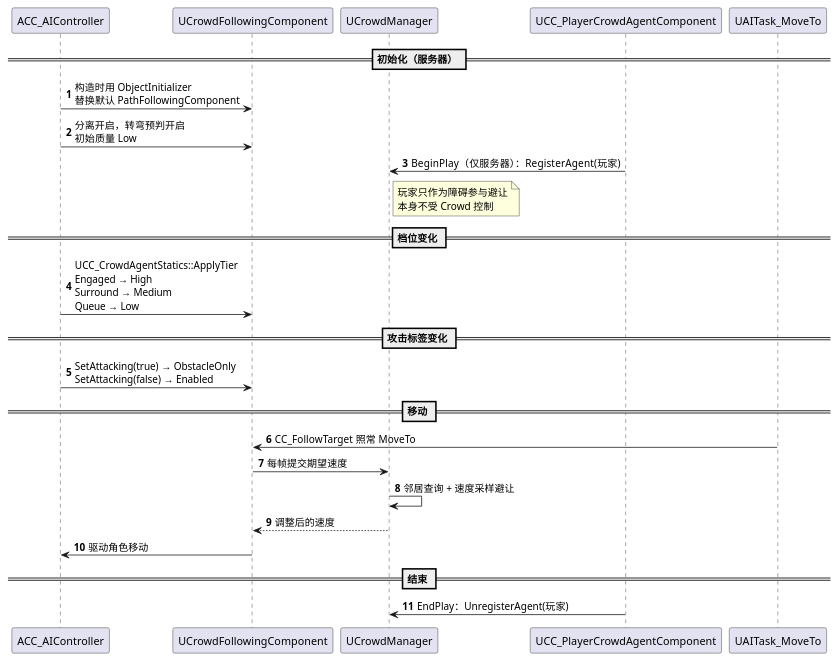
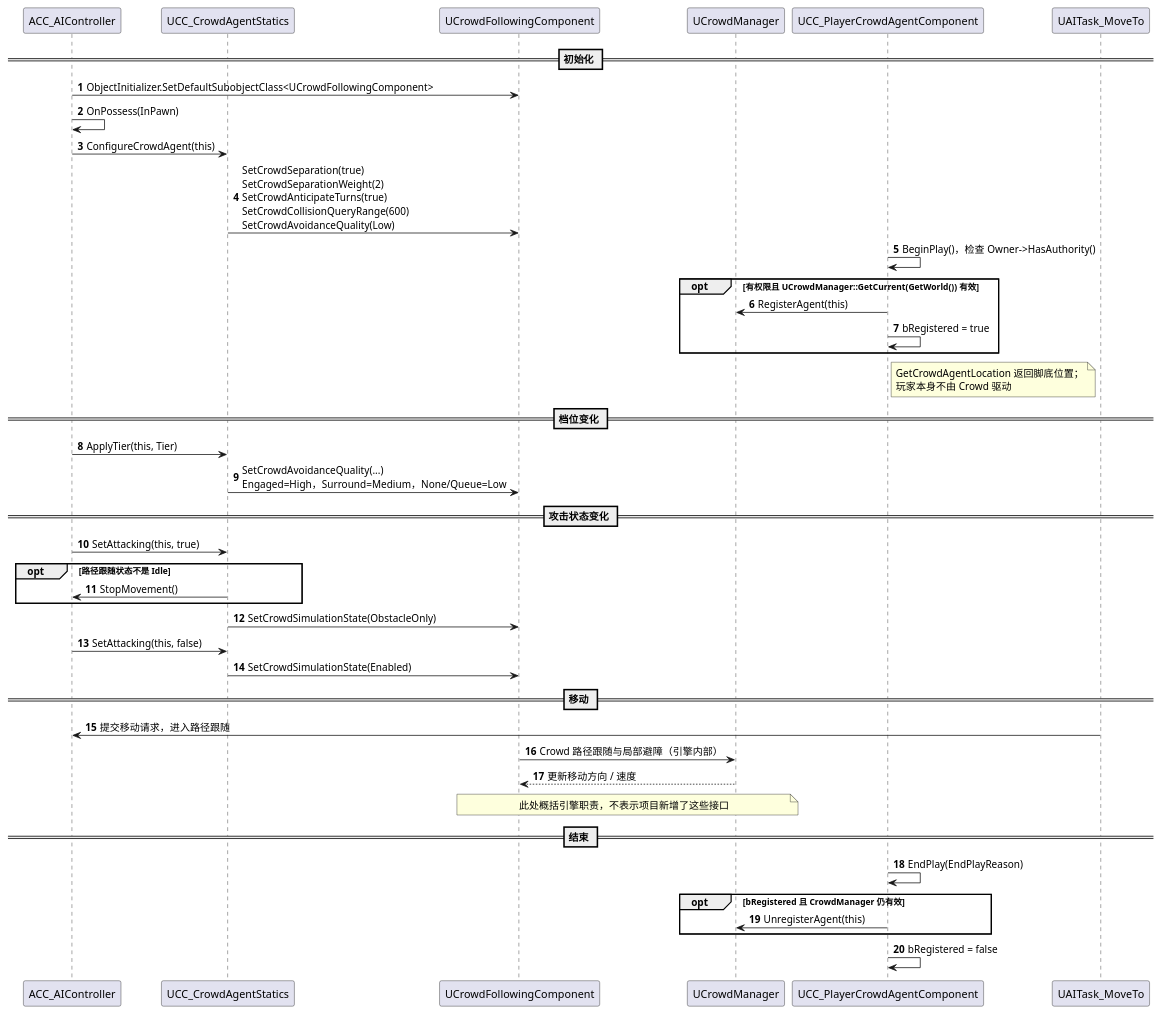
One commit to peng984251536/GAS_Demo changed the tenth of 11 diagrams in Docs/AI-Engagement.zh-CN.md. Above: the diagram before and after it, drawn with PlantUML. The commit also changed other lines of this file and 181 other files, not shown here.

````diff
--- a/Docs/AI-Engagement.zh-CN.md
+++ b/Docs/AI-Engagement.zh-CN.md
@@ -670,35 +840,51 @@
 ```plantuml
 @startuml Crowd接入时序
 skinparam shadowing false
 skinparam defaultFontName "Microsoft YaHei"
 autonumber
-
 participant "ACC_AIController" as C
+participant "UCC_CrowdAgentStatics" as CS
 participant "UCrowdFollowingComponent" as CF
 participant "UCrowdManager" as CM
 participant "UCC_PlayerCrowdAgentComponent" as P
 participant "UAITask_MoveTo" as MT
 
-== 初始化（服务器） ==
-C -> CF : 构造时用 ObjectInitializer\n替换默认 PathFollowingComponent
-C -> CF : 分离开启，转弯预判开启\n初始质量 Low
-P -> CM : BeginPlay（仅服务器）：RegisterAgent(玩家)
-note right of CM : 玩家只作为障碍参与避让\n本身不受 Crowd 控制
+== 初始化 ==
+C -> CF : ObjectInitializer.SetDefaultSubobjectClass<UCrowdFollowingComponent>
+C -> C : OnPossess(InPawn)
+C -> CS : ConfigureCrowdAgent(this)
+CS -> CF : SetCrowdSeparation(true)\nSetCrowdSeparationWeight(2)\nSetCrowdAnticipateTurns(true)\nSetCrowdCollisionQueryRange(600)\nSetCrowdAvoidanceQuality(Low)
+P -> P : BeginPlay()，检查 Owner->HasAuthority()
+opt 有权限且 UCrowdManager::GetCurrent(GetWorld()) 有效
+  P -> CM : RegisterAgent(this)
+  P -> P : bRegistered = true
+end
+note right of P : GetCrowdAgentLocation 返回脚底位置；\n玩家本身不由 Crowd 驱动
 
 == 档位变化 ==
-C -> CF : UCC_CrowdAgentStatics::ApplyTier\nEngaged → High\nSurround → Medium\nQueue → Low
+C -> CS : ApplyTier(this, Tier)
+CS -> CF : SetCrowdAvoidanceQuality(...)\nEngaged=High，Surround=Medium，None/Queue=Low
 
-== 攻击标签变化 ==
-C -> CF : SetAttacking(true) → ObstacleOnly\nSetAttacking(false) → Enabled
+== 攻击状态变化 ==
+C -> CS : SetAttacking(this, true)
+opt 路径跟随状态不是 Idle
+  CS -> C : StopMovement()
+end
+CS -> CF : SetCrowdSimulationState(ObstacleOnly)
+C -> CS : SetAttacking(this, false)
+CS -> CF : SetCrowdSimulationState(Enabled)
 
 == 移动 ==
-MT -> CF : CC_FollowTarget 照常 MoveTo
-CF -> CM : 每帧提交期望速度
-CM -> CM : 邻居查询 + 速度采样避让
-CM --> CF : 调整后的速度
-CF -> C : 驱动角色移动
+MT -> C : 提交移动请求，进入路径跟随
+CF -> CM : Crowd 路径跟随与局部避障（引擎内部）
+CM --> CF : 更新移动方向 / 速度
+note over CF, CM : 此处概括引擎职责，不表示项目新增了这些接口
 
 == 结束 ==
-P -> CM : EndPlay：UnregisterAgent(玩家)
+P -> P : EndPlay(EndPlayReason)
+opt bRegistered 且 CrowdManager 仍有效
+  P -> CM : UnregisterAgent(this)
+end
+P -> P : bRegistered = false
 @enduml
 ```
````
